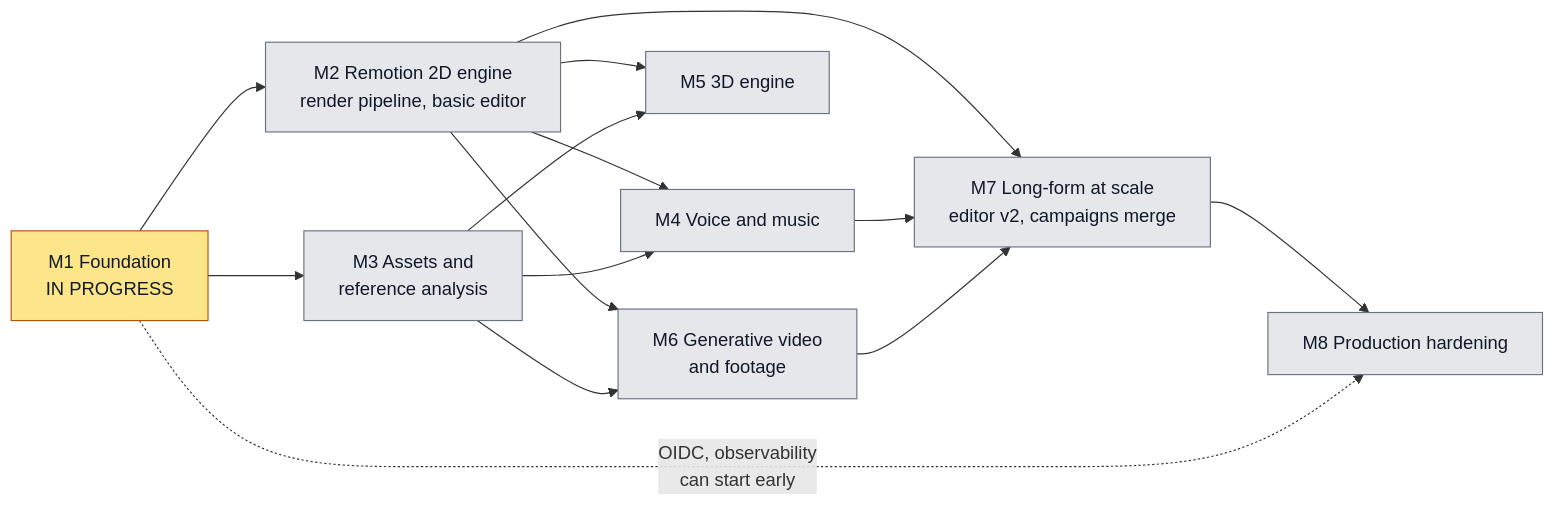
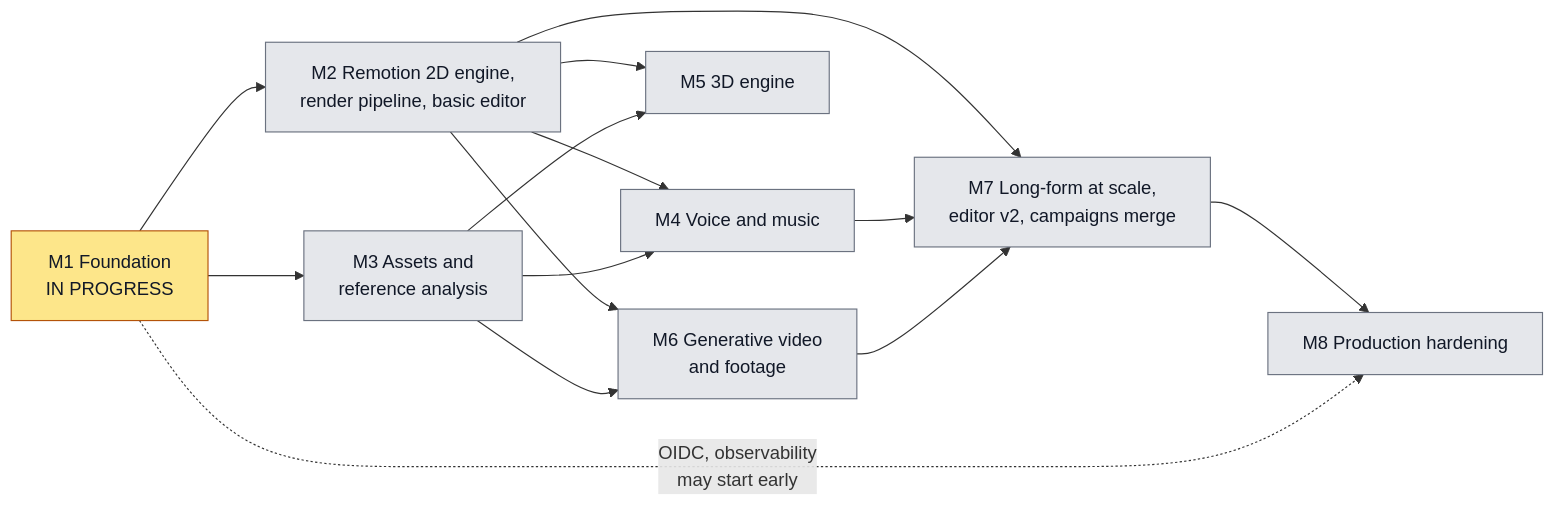
Before and after one commit to Gokulraj002/Video-Creation: the first of 2 diagrams in docs/ROADMAP.md, drawn with Mermaid. The commit also changed other lines of this file and 110 other files, not shown here.

````diff
--- a/docs/ROADMAP.md
+++ b/docs/ROADMAP.md
@@ -26,30 +30,30 @@
 ```mermaid
 flowchart LR
   M1["M1 Foundation<br/>IN PROGRESS"]
-  M2["M2 Remotion 2D engine<br/>render pipeline, basic editor"]
+  M2["M2 Remotion 2D engine,<br/>render pipeline, basic editor"]
   M3["M3 Assets and<br/>reference analysis"]
   M4["M4 Voice and music"]
   M5["M5 3D engine"]
   M6["M6 Generative video<br/>and footage"]
-  M7["M7 Long-form at scale<br/>editor v2, campaigns merge"]
+  M7["M7 Long-form at scale,<br/>editor v2, campaigns merge"]
   M8["M8 Production hardening"]
 
   M1 --> M2
   M1 --> M3
   M2 --> M4
   M3 --> M4
   M2 --> M5
   M3 --> M5
   M2 --> M6
   M3 --> M6
   M2 --> M7
   M4 --> M7
   M6 --> M7
   M7 --> M8
-  M1 -. "OIDC, observability<br/>can start early" .-> M8
+  M1 -. "OIDC, observability<br/>may start early" .-> M8
 
   classDef active fill:#fde68a,stroke:#b45309,color:#111827;
   classDef planned fill:#e5e7eb,stroke:#6b7280,color:#111827;
   class M1 active;
   class M2,M3,M4,M5,M6,M7,M8 planned;
 ```
````
